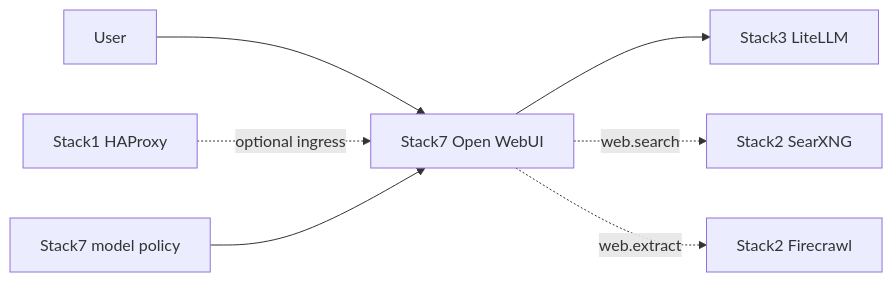
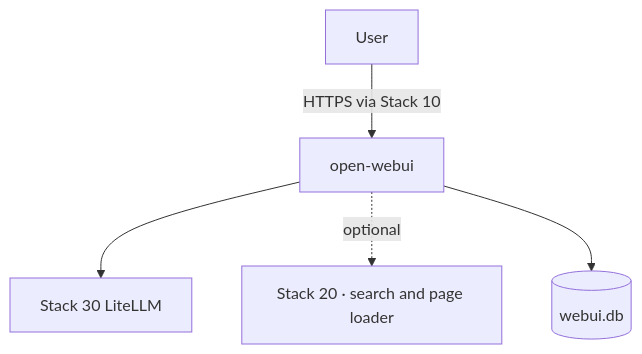
The diagram in stack-70_-_open-webui/README.md (ea1het/local_hybrid_ai), drawn with Mermaid before and after one commit. The commit also changed other lines of this file and 16 other files, not shown here.

````diff
--- a/stack-70_-_open-webui/README.md
+++ b/stack-70_-_open-webui/README.md
@@ -13,9 +13,7 @@
 ```mermaid
-flowchart LR
-    User[User] --> WebUI[Stack7 Open WebUI]
-    WebUI --> LiteLLM[Stack3 LiteLLM]
-    WebUI -.->|web.search| SearXNG[Stack2 SearXNG]
-    WebUI -.->|web.extract| Firecrawl[Stack2 Firecrawl]
-    HAProxy[Stack1 HAProxy] -.->|optional ingress| WebUI
-    Policy[Stack7 model policy] --> WebUI
+flowchart TB
+    User -->|HTTPS via Stack 10| WebUI["open-webui"]
+    WebUI --> LiteLLM["Stack 30 LiteLLM"]
+    WebUI -.->|optional| Web["Stack 20 · search and page loader"]
+    WebUI --> DB[("webui.db")]
 ```
````
